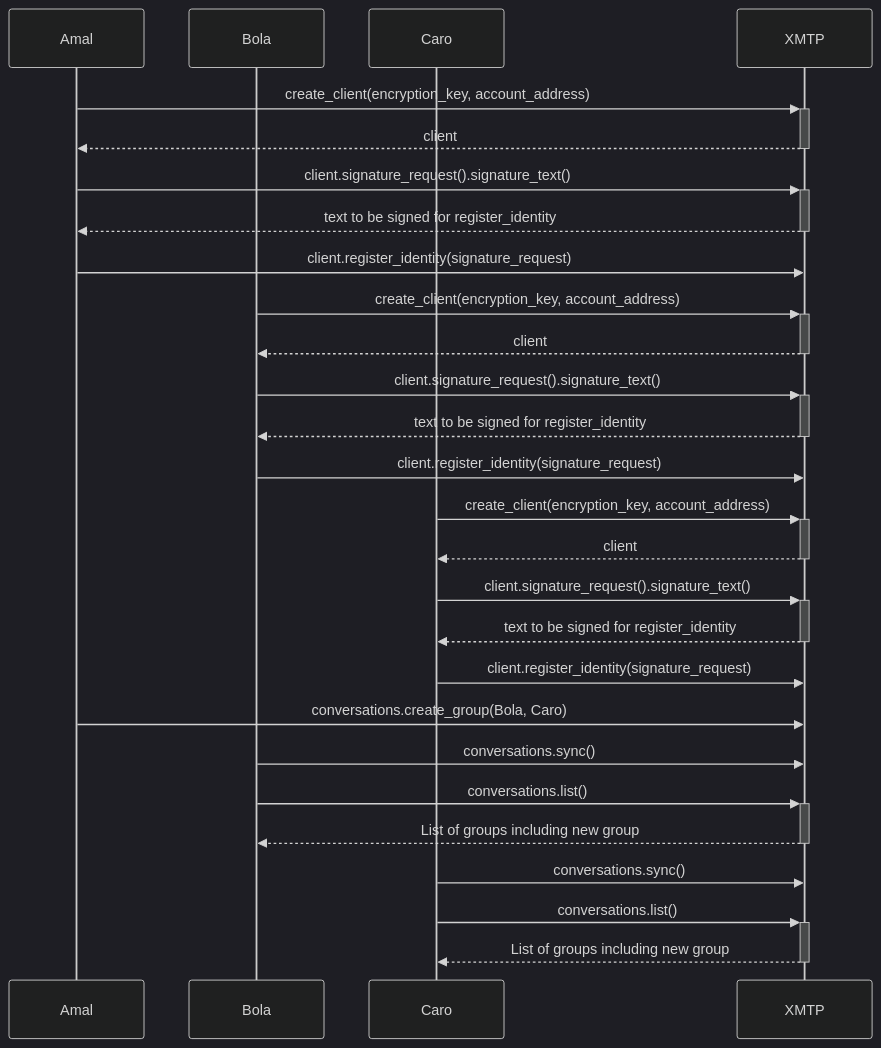
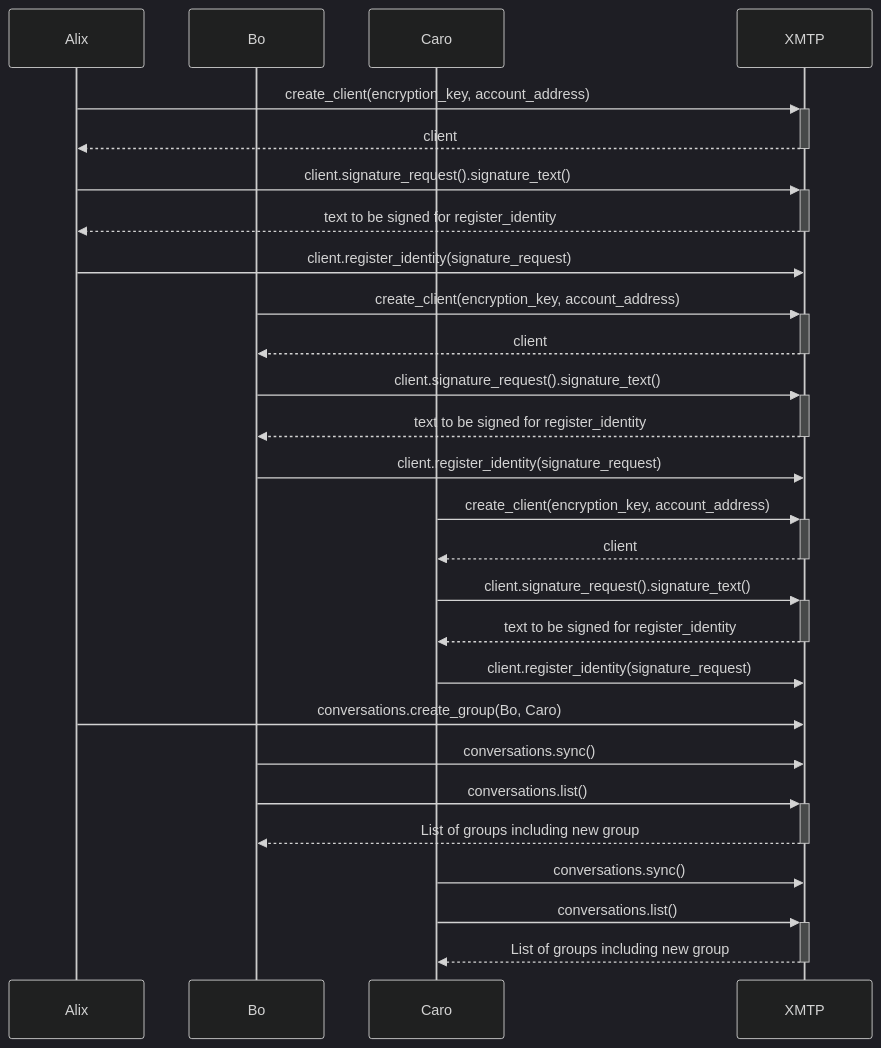
One commit to xmtp/xmtp-dot-org changed the diagram in docs/concepts/v3/mermaid/sequenceDiagram.mermaid. Above: the diagram before and after it, drawn with Mermaid (dark theme). The commit also changed 6 other files, not shown here.

```diff
--- a/docs/concepts/v3/mermaid/sequenceDiagram.mermaid
+++ b/docs/concepts/v3/mermaid/sequenceDiagram.mermaid
@@ -1,28 +1,28 @@
 sequenceDiagram
-    participant Amal
-    participant Bola
+    participant Alix
+    participant Bo
     participant Caro
     participant XMTP
 
-    Amal->>+XMTP: create_client(encryption_key, account_address)
-    XMTP-->>-Amal: client
-    Amal->>+XMTP: client.signature_request().signature_text()
-    XMTP-->>-Amal: text to be signed for register_identity
-    Amal->>XMTP: client.register_identity(signature_request)
-    Bola->>+XMTP: create_client(encryption_key, account_address)
-    XMTP-->>-Bola: client
-    Bola->>+XMTP: client.signature_request().signature_text()
-    XMTP-->>-Bola: text to be signed for register_identity
-    Bola->>XMTP: client.register_identity(signature_request)
+    Alix->>+XMTP: create_client(encryption_key, account_address)
+    XMTP-->>-Alix: client
+    Alix->>+XMTP: client.signature_request().signature_text()
+    XMTP-->>-Alix: text to be signed for register_identity
+    Alix->>XMTP: client.register_identity(signature_request)
+    Bo->>+XMTP: create_client(encryption_key, account_address)
+    XMTP-->>-Bo: client
+    Bo->>+XMTP: client.signature_request().signature_text()
+    XMTP-->>-Bo: text to be signed for register_identity
+    Bo->>XMTP: client.register_identity(signature_request)
     Caro->>+XMTP: create_client(encryption_key, account_address)
     XMTP-->>-Caro: client
     Caro->>+XMTP: client.signature_request().signature_text()
     XMTP-->>-Caro: text to be signed for register_identity
     Caro->>XMTP: client.register_identity(signature_request)
-    Amal->>XMTP: conversations.create_group(Bola, Caro)
-    Bola->>XMTP: conversations.sync()
-    Bola->>+XMTP: conversations.list()
-    XMTP-->>-Bola: List of groups including new group
+    Alix->>XMTP: conversations.create_group(Bo, Caro)
+    Bo->>XMTP: conversations.sync()
+    Bo->>+XMTP: conversations.list()
+    XMTP-->>-Bo: List of groups including new group
     Caro->>XMTP: conversations.sync()
     Caro->>+XMTP: conversations.list()
     XMTP-->>-Caro: List of groups including new group      
```
